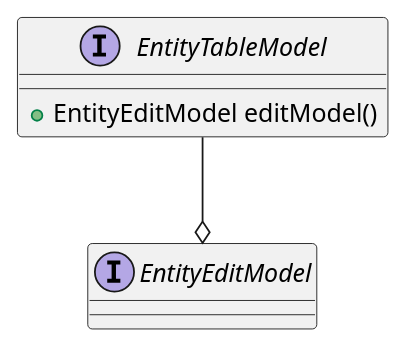
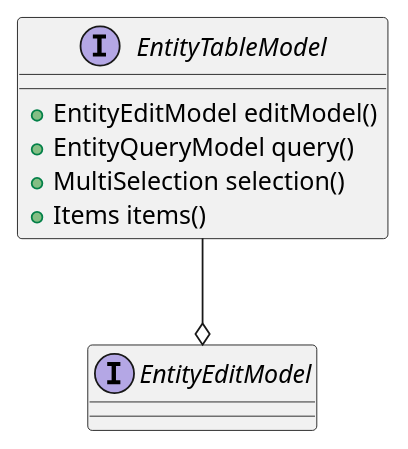
The diagram in documentation/src/docs/asciidoc/manual/framework-entity-table-model.adoc (codion-is/codion), drawn with PlantUML before and after one commit. The commit also changed other lines of this file and 43 other files, not shown here.

```diff
--- a/documentation/src/docs/asciidoc/manual/framework-entity-table-model.adoc
+++ b/documentation/src/docs/asciidoc/manual/framework-entity-table-model.adoc
@@ -6,10 +7,13 @@
 [plantuml,entity-table-model-diagram,svg,align=center]
 -------------------------------------------
 interface EntityTableModel {
     +EntityEditModel editModel()
+    +EntityQueryModel query()
+    +MultiSelection selection()
+    +Items items()
 }
 
 interface EntityEditModel {}
 
 EntityTableModel --o EntityEditModel
 -------------------------------------------
```
